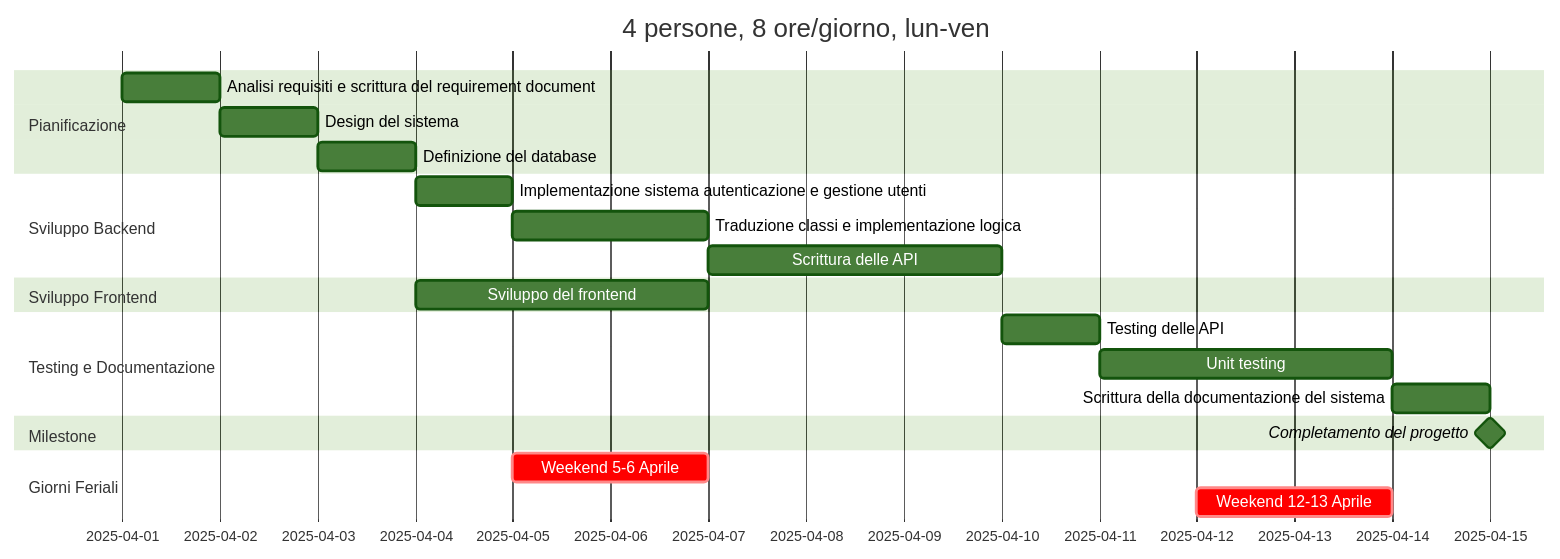
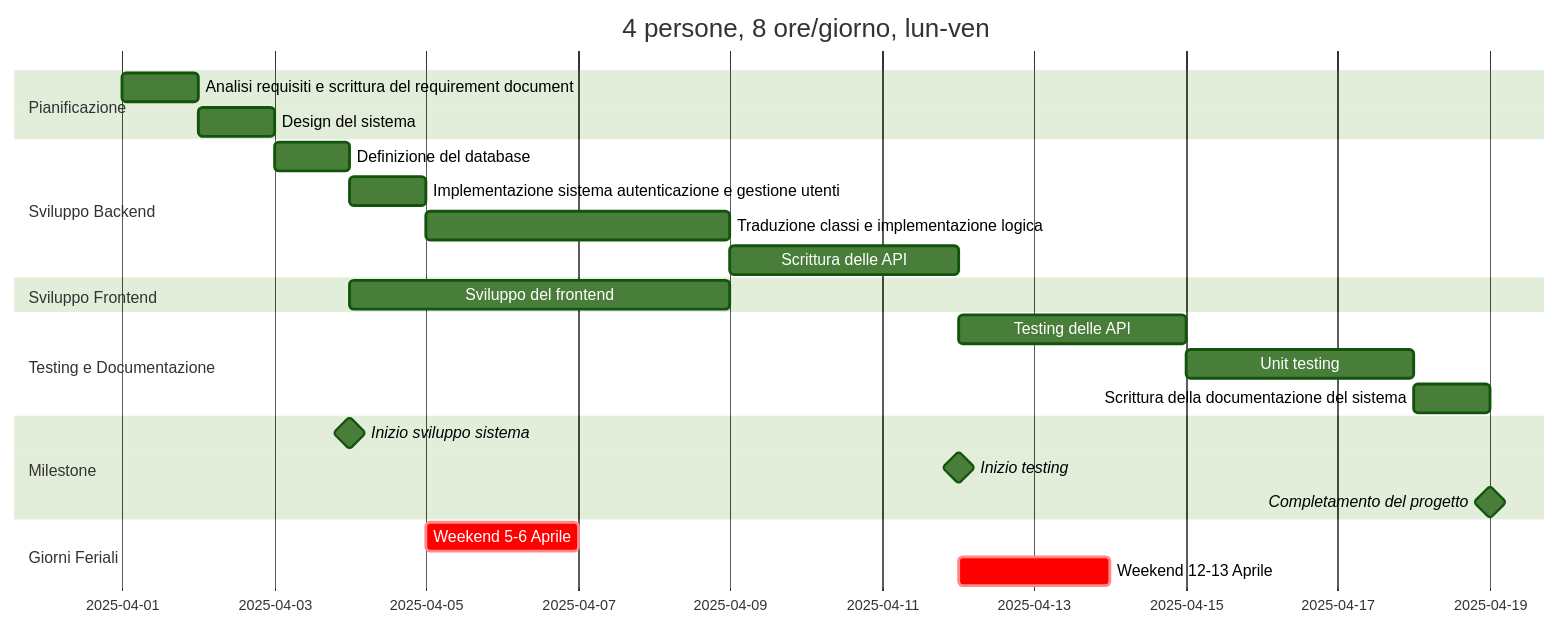
The diagram in doc/Estimation.md (luigiaceto/geocontrol), drawn with Mermaid (forest theme) before and after one commit. The commit also changed other lines of this file, not shown here.

````diff
--- a/doc/Estimation.md
+++ b/doc/Estimation.md
@@ -62,30 +66,33 @@
 ```mermaid
 gantt
     title 4 persone, 8 ore/giorno, lun-ven
     dateFormat  YYYY-MM-DD
+    todayMarker off
     
     section Pianificazione
     Analisi requisiti e scrittura del requirement document :a1, 2025-04-01, 1d
     Design del sistema                                     :a2, after a1, 1d
-    Definizione del database                               :a3, after a2, 1d
     
     section Sviluppo Backend
-    Implementazione sistema autenticazione e gestione utenti :b1, after a3, 1d
-    Traduzione classi e implementazione logica              :b2, after b1, 2d
-    Scrittura delle API                                     :b3, after b2, 3d
+    Definizione del database                                 :b1, after a2, 1d
+    Implementazione sistema autenticazione e gestione utenti :b2, after b1, 1d
+    Traduzione classi e implementazione logica               :b3, after b2, 4d
+    Scrittura delle API                                      :b4, after b3, 3d
     
     section Sviluppo Frontend
-    Sviluppo del frontend                                   :c1, after a3, 3d
+    Sviluppo del frontend                                   :c1, after b1, 5d
     
     section Testing e Documentazione
-    Testing delle API                                       :d1, after b3, 1d
+    Testing delle API                                       :d1, after b4, 3d
     Unit testing                                            :d2, after d1, 3d
     Scrittura della documentazione del sistema              :d3, after d2, 1d
     
     section Milestone
+    Inizio sviluppo sistema                                 :milestone, after b1, 0d
+    Inizio testing                                          :milestone, after b4, 0d
     Completamento del progetto                              :milestone, after d3, 0d
     
     section Giorni Feriali
     Weekend 5-6 Aprile       :crit, 2025-04-05, 2d
     Weekend 12-13 Aprile     :crit, 2025-04-12, 2d
 ```
````
